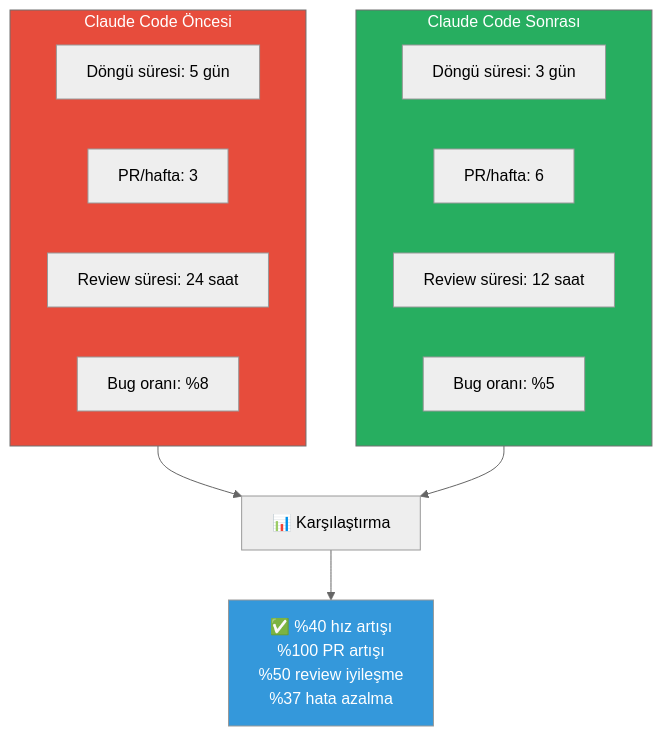
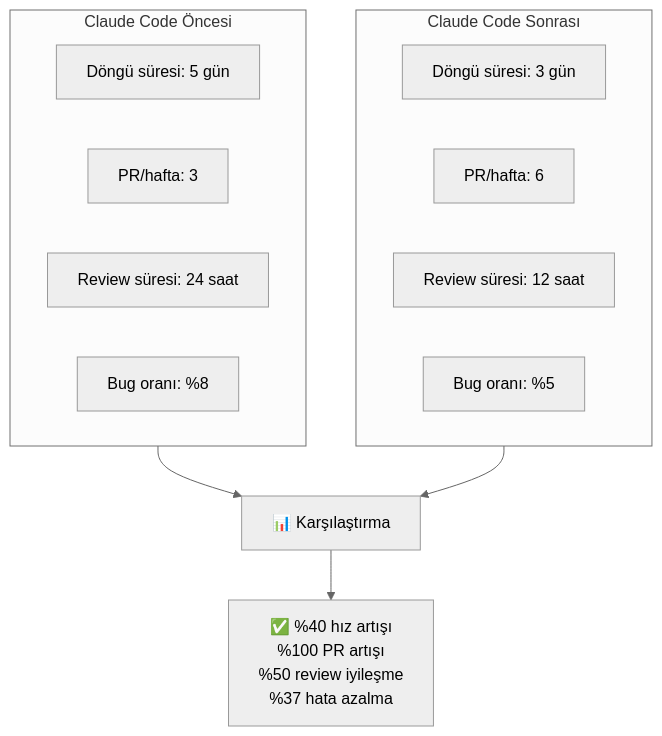
Before and after one commit to IzzetYasinAtes/ClaudeCodeHandbook: the fourth of 7 diagrams in 18-kurumsal-kullanim/02-analitik-ve-metrikler.md, drawn with Mermaid (neutral theme). The commit also changed other lines of this file and 97 other files, not shown here.

Commit message:
Remove all custom Mermaid style/fill colors from 98 markdown files for consistent dark theme rendering

````diff
--- a/18-kurumsal-kullanim/02-analitik-ve-metrikler.md
+++ b/18-kurumsal-kullanim/02-analitik-ve-metrikler.md
@@ -113,25 +104,22 @@
 ```mermaid
 flowchart TD
     subgraph before ["Claude Code Öncesi"]
         B_CYCLE["Döngü süresi: 5 gün"]
         B_PR["PR/hafta: 3"]
         B_REVIEW["Review süresi: 24 saat"]
         B_BUG["Bug oranı: %8"]
     end
 
     subgraph after ["Claude Code Sonrası"]
         A_CYCLE["Döngü süresi: 3 gün"]
         A_PR["PR/hafta: 6"]
         A_REVIEW["Review süresi: 12 saat"]
         A_BUG["Bug oranı: %5"]
     end
 
     before --> COMPARE["📊 Karşılaştırma"]
     after --> COMPARE
 
     COMPARE --> RESULT["✅ %40 hız artışı<br/>%100 PR artışı<br/>%50 review iyileşme<br/>%37 hata azalma"]
 
-    style before fill:#E74C3C,color:#fff
-    style after fill:#27AE60,color:#fff
-    style RESULT fill:#3498DB,color:#fff
 ```
````
